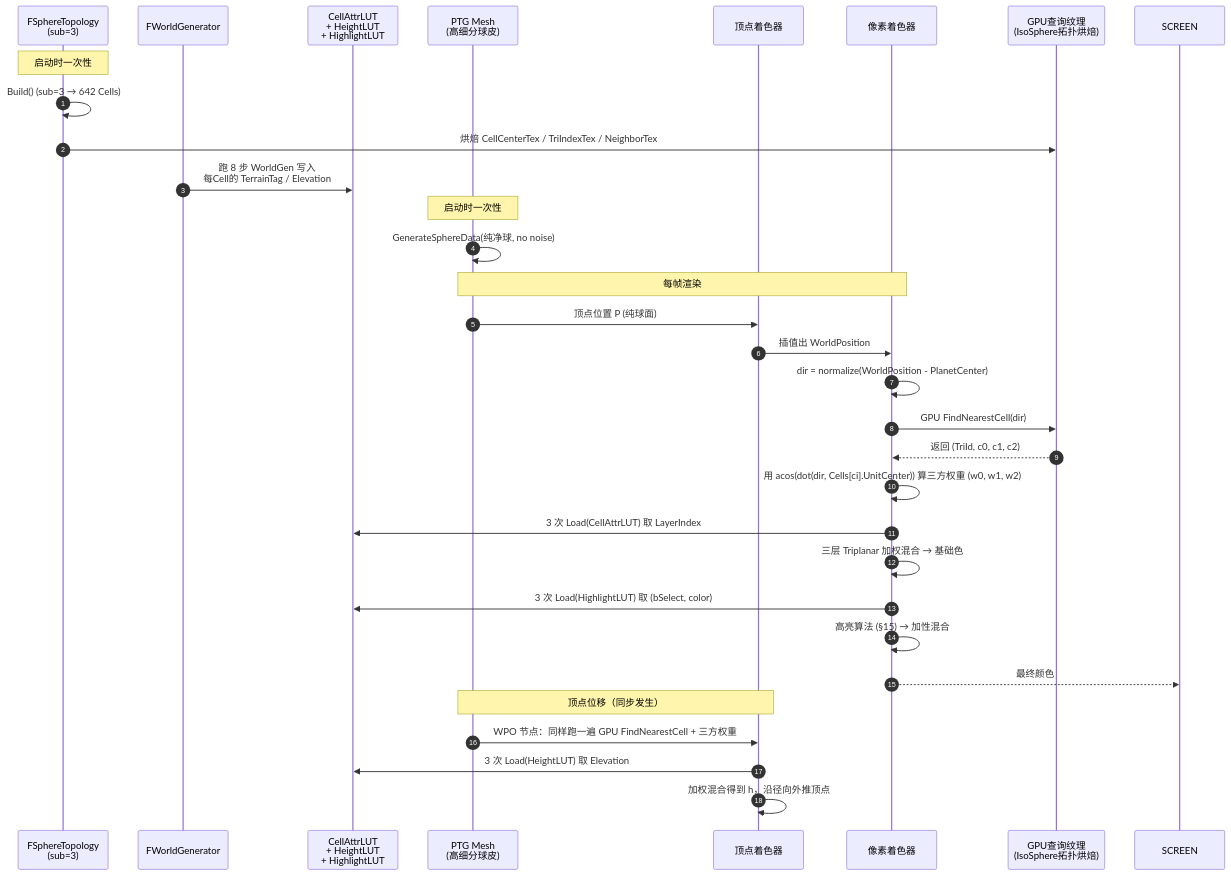
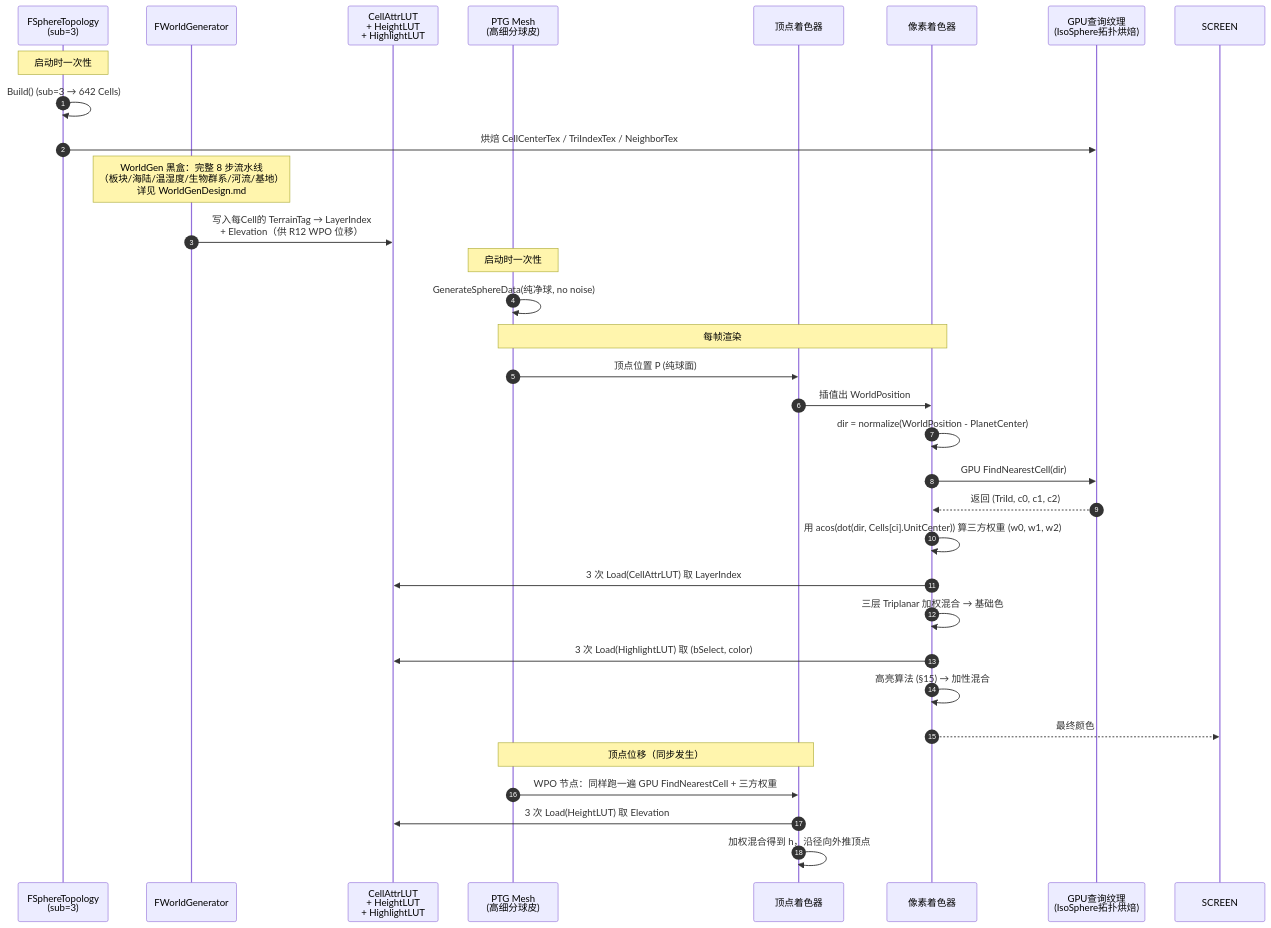
Before and after one commit to tclks001/TerraCivilization: the fifth of 5 diagrams in Docs/SphericalSDFTerrainDesign.md, drawn with Mermaid. The commit also changed other lines of this file and 7 other files, not shown here.

````diff
--- a/Docs/SphericalSDFTerrainDesign.md
+++ b/Docs/SphericalSDFTerrainDesign.md
@@ -1119,37 +1124,38 @@
 ```mermaid
 sequenceDiagram
     autonumber
     participant Topo as FSphereTopology<br/>(sub=3)
     participant Gen as FWorldGenerator
     participant LUT as CellAttrLUT<br/>+ HeightLUT<br/>+ HighlightLUT
     participant PTG as PTG Mesh<br/>(高细分球皮)
     participant VS as 顶点着色器
     participant PS as 像素着色器
     participant GPUQ as GPU查询纹理<br/>(IsoSphere拓扑烘焙)
 
     Note over Topo: 启动时一次性
     Topo->>Topo: Build() (sub=3 → 642 Cells)
     Topo->>GPUQ: 烘焙 CellCenterTex / TriIndexTex / NeighborTex
-    Gen->>LUT: 跑 8 步 WorldGen 写入<br/>每Cell的 TerrainTag / Elevation
+    Note over Gen: WorldGen 黑盒：完整 8 步流水线<br/>（板块/海陆/温湿度/生物群系/河流/基地）<br/>详见 WorldGenDesign.md
+    Gen->>LUT: 写入每Cell的 TerrainTag → LayerIndex<br/>+ Elevation（供 R12 WPO 位移）
 
     Note over PTG: 启动时一次性
     PTG->>PTG: GenerateSphereData(纯净球, no noise)
 
     Note over PTG,PS: 每帧渲染
     PTG->>VS: 顶点位置 P (纯球面)
     VS->>PS: 插值出 WorldPosition
     PS->>PS: dir = normalize(WorldPosition - PlanetCenter)
     PS->>GPUQ: GPU FindNearestCell(dir)
     GPUQ-->>PS: 返回 (TriId, c0, c1, c2)
     PS->>PS: 用 acos(dot(dir, Cells[ci].UnitCenter)) 算三方权重 (w0, w1, w2)
     PS->>LUT: 3 次 Load(CellAttrLUT) 取 LayerIndex
     PS->>PS: 三层 Triplanar 加权混合 → 基础色
     PS->>LUT: 3 次 Load(HighlightLUT) 取 (bSelect, color)
     PS->>PS: 高亮算法 (§15) → 加性混合
     PS-->>SCREEN: 最终颜色
 
     Note over PTG,VS: 顶点位移（同步发生）
     PTG->>VS: WPO 节点：同样跑一遍 GPU FindNearestCell + 三方权重
     VS->>LUT: 3 次 Load(HeightLUT) 取 Elevation
     VS->>VS: 加权混合得到 h，沿径向外推顶点
 ```
````
